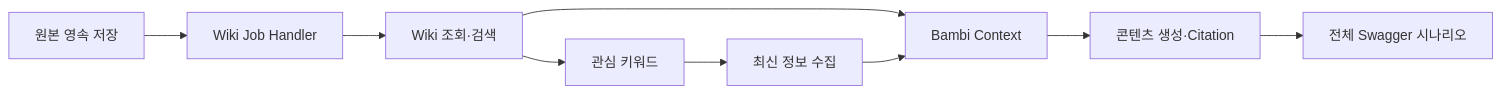
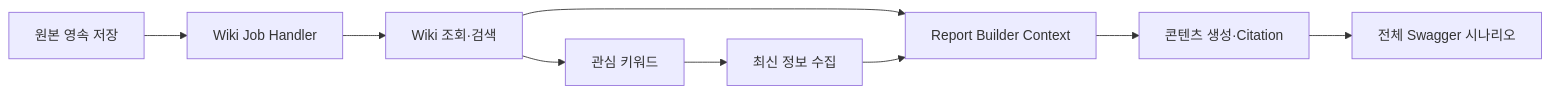
Before and after one commit to hk-toss-final-project/bambi-agent-api: the second of 2 diagrams in docs/swagger-agent-development-test-plan.md, drawn with Mermaid. The commit also changed other lines of this file and 108 other files, not shown here.

````diff
--- a/docs/swagger-agent-development-test-plan.md
+++ b/docs/swagger-agent-development-test-plan.md
@@ -240,11 +240,11 @@
 ```mermaid
 flowchart LR
     A["원본 영속 저장"] --> B["Wiki Job Handler"]
     B --> C["Wiki 조회·검색"]
     C --> D["관심 키워드"]
     D --> E["최신 정보 수집"]
-    C --> F["Bambi Context"]
+    C --> F["Report Builder Context"]
     E --> F
     F --> G["콘텐츠 생성·Citation"]
     G --> H["전체 Swagger 시나리오"]
 ```
````
